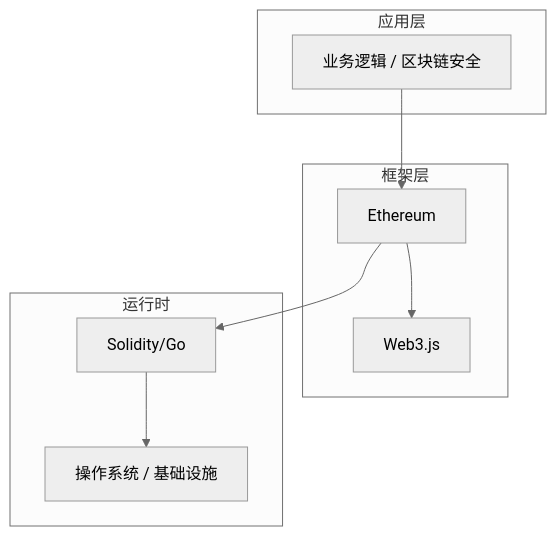
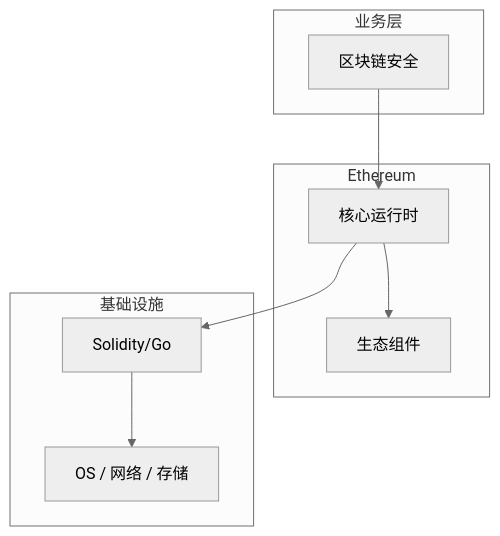
The diagram in articles/区块链/chapters/071-区块链安全核心概念与原理.md (yanggan2015/knowledge-json-v2), drawn with Mermaid (neutral theme) before and after one commit. The commit also changed other lines of this file and 10127 other files, not shown here.

````diff
--- a/articles/区块链/chapters/071-区块链安全核心概念与原理.md
+++ b/articles/区块链/chapters/071-区块链安全核心概念与原理.md
@@ -45,18 +30,18 @@
 ```mermaid
 graph TB
-    subgraph 应用层
-        A[业务逻辑 / 区块链安全]
+    subgraph 业务层
+        A[区块链安全]
     end
-    subgraph 框架层
-        B[Ethereum]
-        C[Web3.js]
+    subgraph Ethereum
+        B[核心运行时]
+        C[生态组件]
     end
-    subgraph 运行时
+    subgraph 基础设施
         D[Solidity/Go]
-        E[操作系统 / 基础设施]
+        E[OS / 网络 / 存储]
     end
     A --> B
     B --> C
     B --> D
     D --> E
 ```
````
